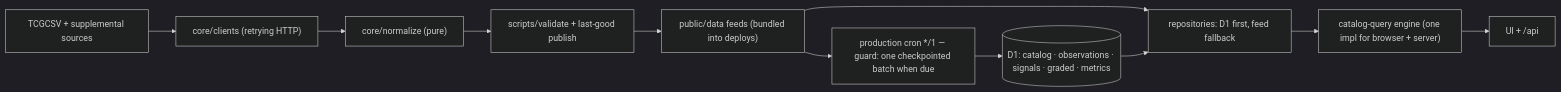
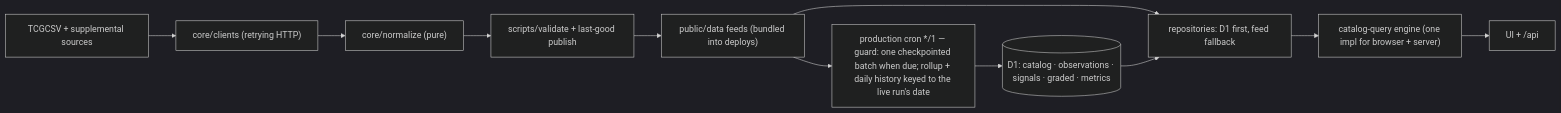
One commit to cjord/rawsignal changed the third of 3 diagrams in docs/helicopter-view.md. Above: the diagram before and after it, drawn with Mermaid (dark theme). The commit also changed other lines of this file and 25 other files, not shown here.

````diff
--- a/docs/helicopter-view.md
+++ b/docs/helicopter-view.md
@@ -103,18 +103,18 @@
 ```mermaid
 flowchart LR
   src["TCGCSV + supplemental sources"]
   clients["core/clients (retrying HTTP)"]
   norm["core/normalize (pure)"]
   val["scripts/validate + last-good publish"]
   pub["public/data feeds (bundled into deploys)"]
-  cron["production cron */1 — guard: one checkpointed batch when due"]
+  cron["production cron */1 — guard: one checkpointed batch when due; rollup + daily history keyed to the live run's date"]
   d1[("D1: catalog · observations · signals · graded · metrics")]
   repos["repositories: D1 first, feed fallback"]
   engine["catalog-query engine (one impl for browser + server)"]
   uiEnd["UI + /api"]
 
   src --> clients --> norm --> val --> pub
   pub --> cron --> d1
   pub --> repos
   d1 --> repos --> engine --> uiEnd
 ```
````
